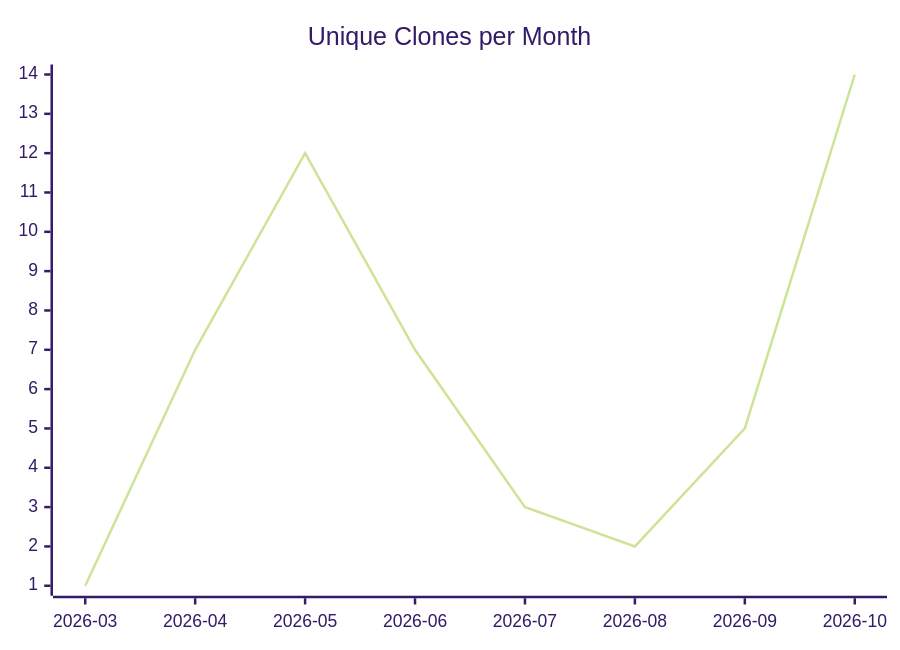
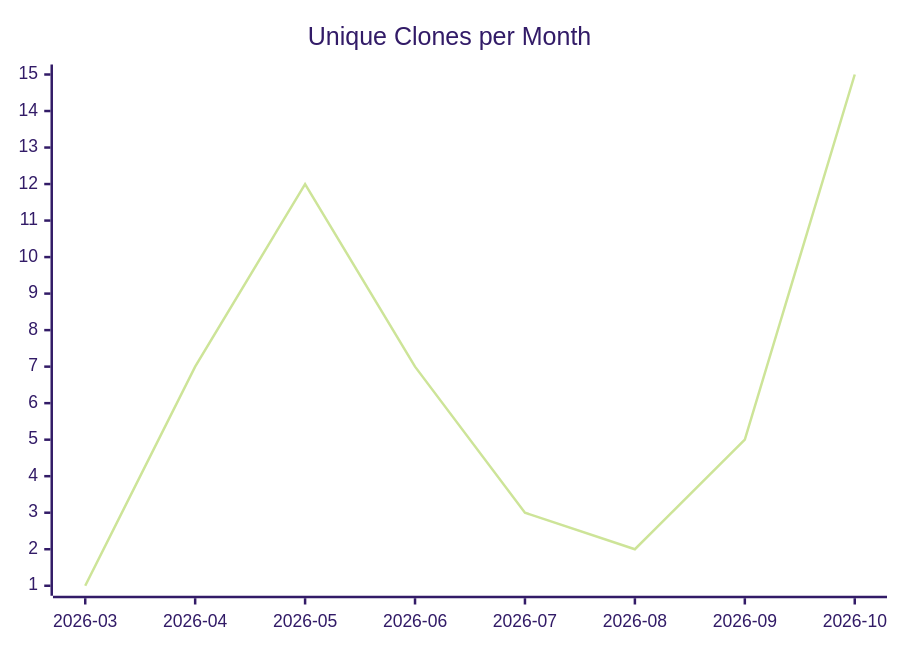
The third of 3 diagrams in karlmdavis/sample-maven-and-rcp/README.md (justdavis-family/github-analytics-data), drawn with Mermaid (forest theme) before and after one commit. The commit also changed other lines of this file and 201 other files, not shown here.

````diff
--- a/karlmdavis/sample-maven-and-rcp/README.md
+++ b/karlmdavis/sample-maven-and-rcp/README.md
@@ -19,6 +19,6 @@
 ```mermaid
 xychart-beta
   title "Unique Clones per Month"
   x-axis ["2026-03", "2026-04", "2026-05", "2026-06", "2026-07", "2026-08", "2026-09", "2026-10"]
-  line [1, 7, 12, 7, 3, 2, 5, 14]
+  line [1, 7, 12, 7, 3, 2, 5, 15]
 ```
````
